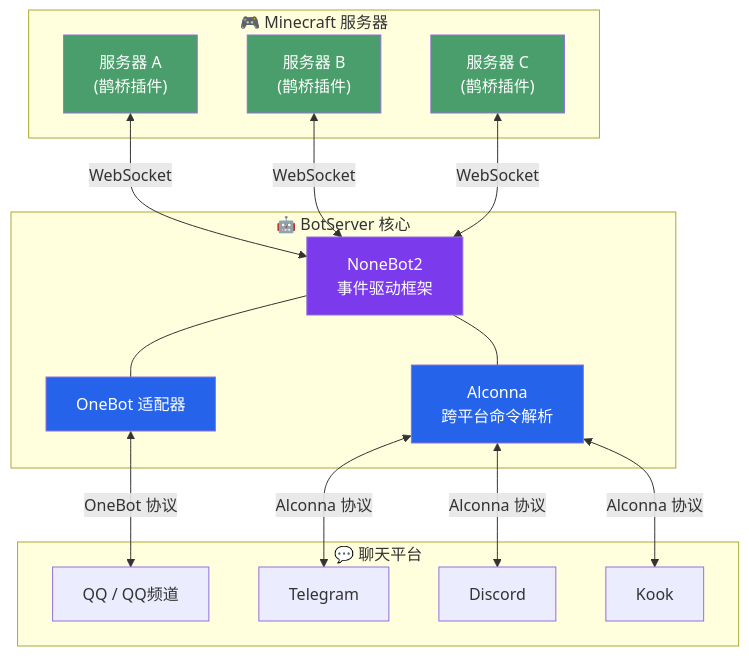
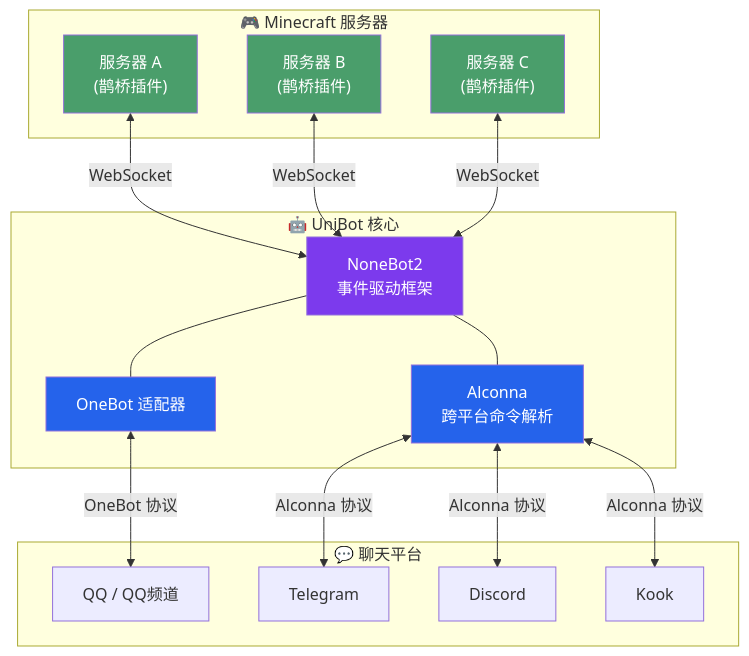
The diagram in README.md (Minecraft-UniBot/UniBot), drawn with Mermaid before and after one commit. The commit also changed other lines of this file and 2 other files, not shown here.

````diff
--- a/README.md
+++ b/README.md
@@ -377,38 +377,38 @@
 ```mermaid
 flowchart TB
     subgraph MC["🎮 Minecraft 服务器"]
         S1["服务器 A\n(鹊桥插件)"]
         S2["服务器 B\n(鹊桥插件)"]
         S3["服务器 C\n(鹊桥插件)"]
     end
 
-    subgraph BOT["🤖 BotServer 核心"]
+    subgraph BOT["🤖 UniBot 核心"]
         CORE["NoneBot2\n事件驱动框架"]
         OB["OneBot 适配器"]
         AC["Alconna\n跨平台命令解析"]
     end
 
     subgraph PLAT["💬 聊天平台"]
         QQ["QQ / QQ频道"]
         TG["Telegram"]
         DC["Discord"]
         KK["Kook"]
     end
 
     S1 <-->|WebSocket| CORE
     S2 <-->|WebSocket| CORE
     S3 <-->|WebSocket| CORE
     CORE --- OB
     CORE --- AC
     OB <-->|OneBot 协议| QQ
     AC <-->|Alconna 协议| TG
     AC <-->|Alconna 协议| DC
     AC <-->|Alconna 协议| KK
 
     style S1 fill:#4a9e6b,color:#fff
     style S2 fill:#4a9e6b,color:#fff
     style S3 fill:#4a9e6b,color:#fff
     style CORE fill:#7c3aed,color:#fff
     style OB fill:#2563eb,color:#fff
     style AC fill:#2563eb,color:#fff
 ```
````
